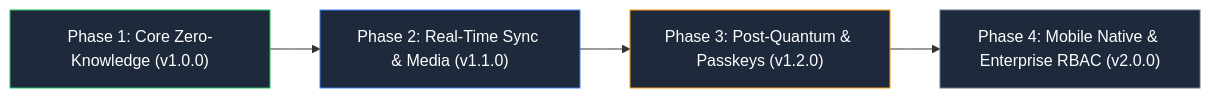
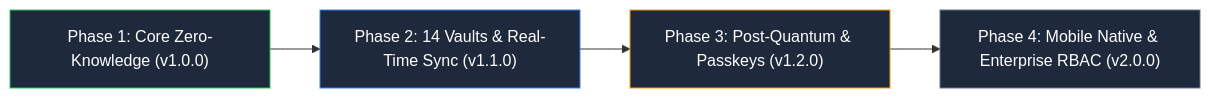
One commit to adadarsh23/vault changed the diagram in doc/task.md. Above: the diagram before and after it, drawn with Mermaid. The commit also changed other lines of this file and 2012 other files, not shown here.

````diff
--- a/doc/task.md
+++ b/doc/task.md
@@ -34,11 +37,11 @@
 ```mermaid
 flowchart LR
-    M1["Phase 1: Core Zero-Knowledge (v1.0.0)"] --> M2["Phase 2: Real-Time Sync & Media (v1.1.0)"]
+    M1["Phase 1: Core Zero-Knowledge (v1.0.0)"] --> M2["Phase 2: 14 Vaults & Real-Time Sync (v1.1.0)"]
     M2 --> M3["Phase 3: Post-Quantum & Passkeys (v1.2.0)"]
     M3 --> M4["Phase 4: Mobile Native & Enterprise RBAC (v2.0.0)"]
 
     style M1 fill:#1e293b,stroke:#22c55e,color:#fff
     style M2 fill:#1e293b,stroke:#3b82f6,color:#fff
     style M3 fill:#1e293b,stroke:#f59e0b,color:#fff
     style M4 fill:#1e293b,stroke:#64748b,color:#fff
 ```
````
